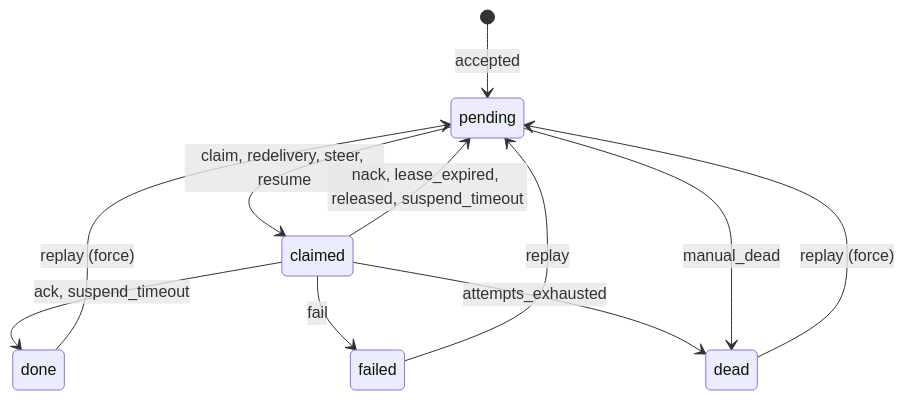
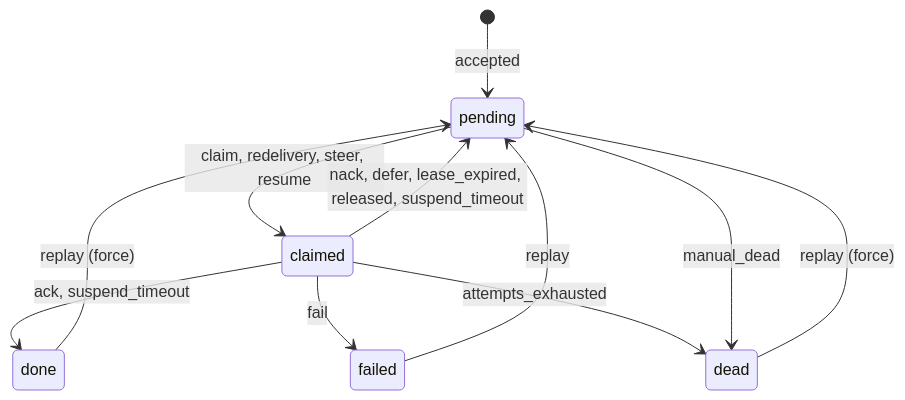
The first of 2 diagrams in proactive-agent/docs/en/event-inbox-design.md (joannaann0213-coder/Agent-research), drawn with Mermaid before and after one commit. The commit also changed other lines of this file and 16 other files, not shown here.

````diff
--- a/proactive-agent/docs/en/event-inbox-design.md
+++ b/proactive-agent/docs/en/event-inbox-design.md
@@ -220,13 +220,13 @@
 ```mermaid
 stateDiagram-v2
     [*] --> pending: accepted
     pending --> claimed: claim, redelivery, steer, resume
     claimed --> done: ack, suspend_timeout
     claimed --> failed: fail
-    claimed --> pending: nack, lease_expired, released, suspend_timeout
+    claimed --> pending: nack, defer, lease_expired, released, suspend_timeout
     claimed --> dead: attempts_exhausted
     pending --> dead: manual_dead
     done --> pending: replay (force)
     failed --> pending: replay
     dead --> pending: replay (force)
 ```
````
